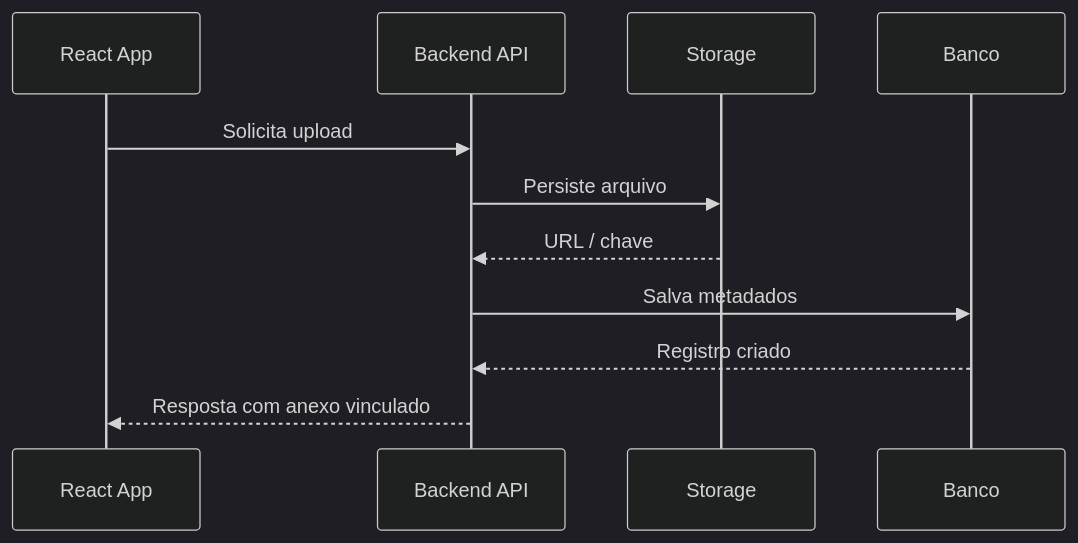
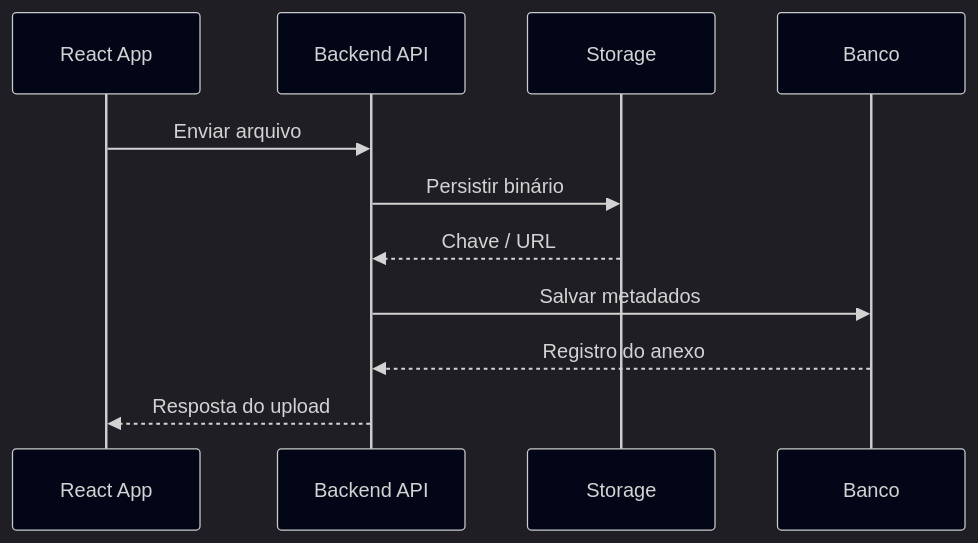
One commit to NickDevHolz/Terra-Conecta changed the ninth of 12 diagrams in Terra Conecta — Proposta Institucional, Comercial e Técnica.md. Above: the diagram before and after it, drawn with Mermaid. The commit also changed other lines of this file, not shown here.

````diff
--- a/Terra Conecta — Proposta Institucional, Comercial e Técnica.md
+++ b/Terra Conecta — Proposta Institucional, Comercial e Técnica.md
@@ -524,25 +980,33 @@
 ```mermaid
 %%{init: {
 'theme':'dark',
 'themeVariables':{
 'background':'#020617',
+'mainBkg':'#020617',
+'secondBkg':'#0f172a',
+'tertiaryColor':'#111827',
 'primaryColor':'#22d3ee',
 'primaryTextColor':'#f8fafc',
 'primaryBorderColor':'#39ff14',
-'lineColor':'#a855f7',
 'secondaryColor':'#0f172a',
-'tertiaryColor':'#111827'
+'secondaryTextColor':'#e2e8f0',
+'secondaryBorderColor':'#a855f7',
+'lineColor':'#22d3ee',
+'textColor':'#f8fafc',
+'clusterBkg':'#020617',
+'clusterBorder':'#a855f7',
+'defaultLinkColor':'#22d3ee'
 }}}%%
 sequenceDiagram
 participant R as React App
 participant API as Backend API
 participant ST as Storage
 participant DB as Banco
 
-R->>API: Solicita upload
-API->>ST: Persiste arquivo
-ST-->>API: URL / chave
-API->>DB: Salva metadados
-DB-->>API: Registro criado
-API-->>R: Resposta com anexo vinculado
+R->>API: Enviar arquivo
+API->>ST: Persistir binário
+ST-->>API: Chave / URL
+API->>DB: Salvar metadados
+DB-->>API: Registro do anexo
+API-->>R: Resposta do upload
 ```
````
